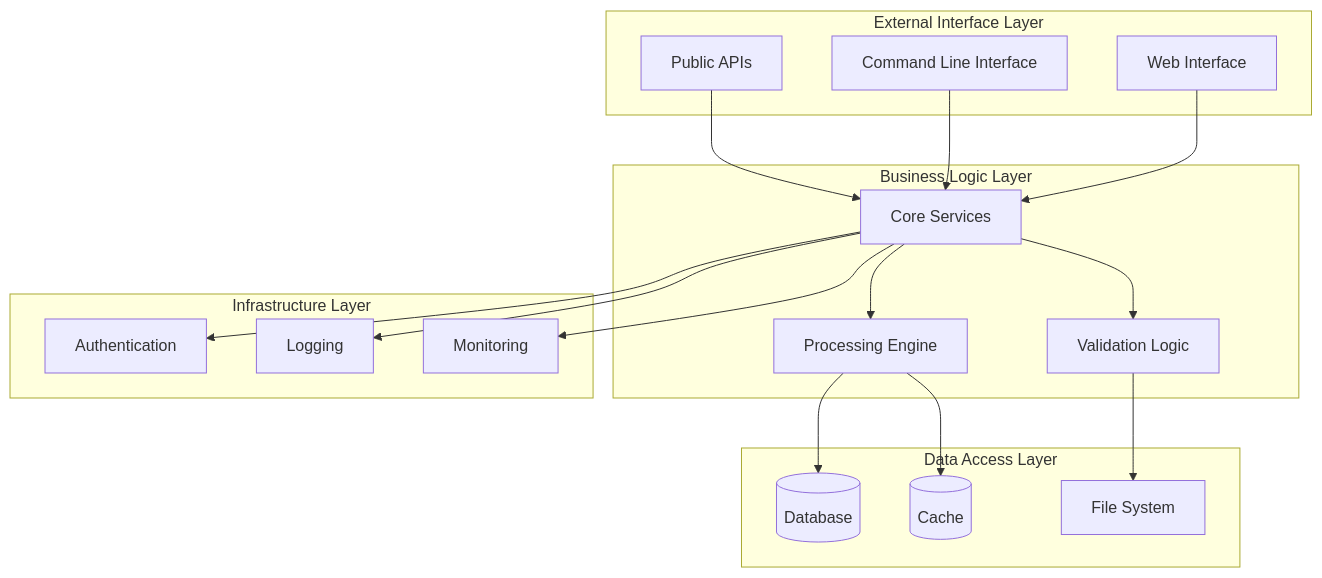
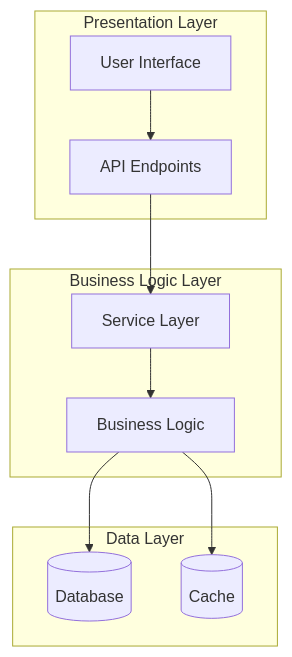
The first of 7 diagrams in src/KoalaWiki/Prompts/Warehouse/GenerateDocs.md (xincheng213618/OpenDeepWiki), drawn with Mermaid before and after one commit. The commit also changed other lines of this file and 66 other files, not shown here.

````diff
--- a/src/KoalaWiki/Prompts/Warehouse/GenerateDocs.md
+++ b/src/KoalaWiki/Prompts/Warehouse/GenerateDocs.md
@@ -137,34 +185,20 @@
 ```mermaid
 graph TB
-    subgraph "External Interface Layer"
-        API[Public APIs]
-        CLI[Command Line Interface]
-        WEB[Web Interface]
+    subgraph "Presentation Layer"
+        UI[User Interface]
+        API[API Endpoints]
     end
     subgraph "Business Logic Layer"
-        CORE[Core Services]
-        PROC[Processing Engine]
-        VALID[Validation Logic]
+        SVC[Service Layer]
+        BL[Business Logic]
     end
-    subgraph "Data Access Layer"
+    subgraph "Data Layer"
         DB[(Database)]
         CACHE[(Cache)]
-        FILES[File System]
     end
-    subgraph "Infrastructure Layer"
-        AUTH[Authentication]
-        LOG[Logging]
-        MON[Monitoring]
-    end
-    API --> CORE
-    CLI --> CORE
-    WEB --> CORE
-    CORE --> PROC
-    CORE --> VALID
-    PROC --> DB
-    PROC --> CACHE
-    VALID --> FILES
-    CORE --> AUTH
-    CORE --> LOG
-    CORE --> MON
+    UI --> API
+    API --> SVC
+    SVC --> BL
+    BL --> DB
+    BL --> CACHE
 ```
````
